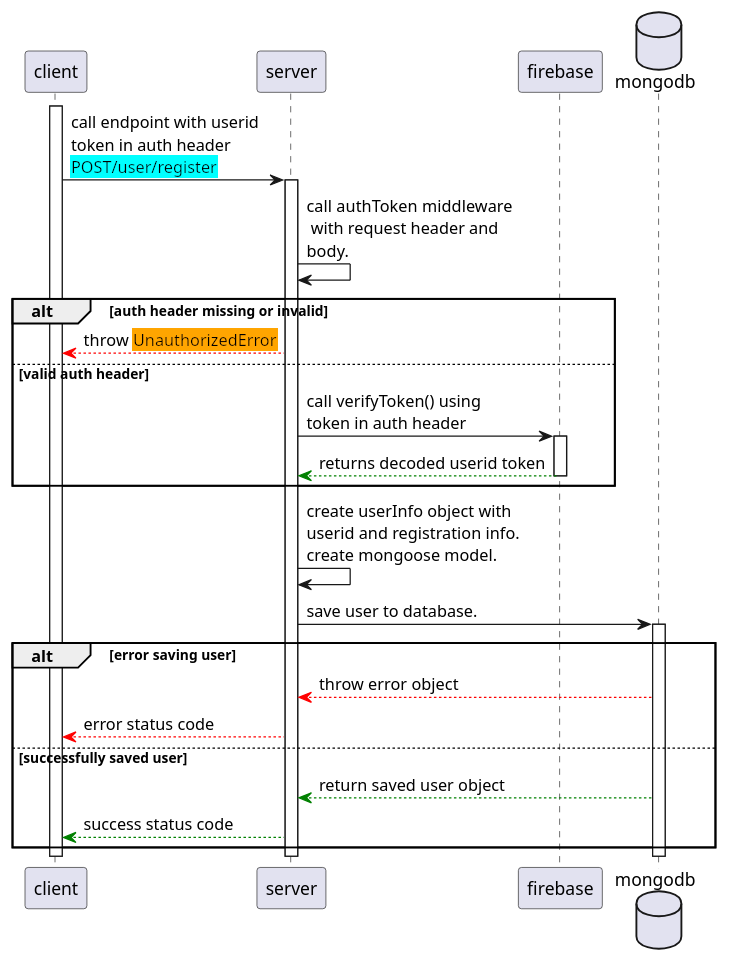
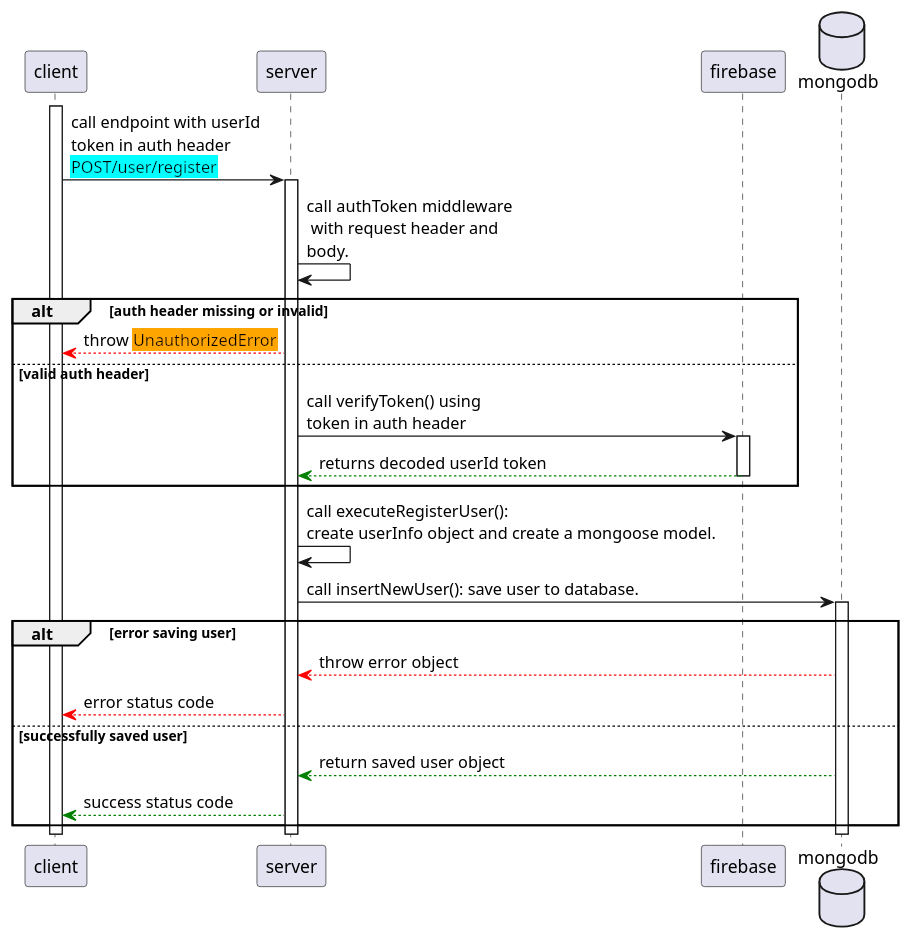
One commit to hulodev/hulo-backend changed the diagram in diagrams/register_user.puml. Above: the diagram before and after it, drawn with PlantUML. The commit also changed 3 other files, not shown here.

```diff
--- a/diagrams/register_user.puml
+++ b/diagrams/register_user.puml
@@ -1,36 +1,36 @@
 @startuml
 'https://plantuml.com/sequence-diagram
 
 participant client
 participant server
 participant firebase
 database mongodb
 
 activate client
-    client -> server : call endpoint with userid\ntoken in auth header\n<back:cyan>POST/user/register
+    client -> server : call endpoint with userId\ntoken in auth header\n<back:cyan>POST/user/register
     activate server
         server -> server: call authToken middleware\n with request header and\nbody.
         alt auth header missing or invalid
             server -[#red]-> client: throw <back:orange>UnauthorizedError
         else valid auth header
             server -> firebase: call verifyToken() using\ntoken in auth header
             activate firebase
-                firebase -[#green]-> server: returns decoded userid token
+                firebase -[#green]-> server: returns decoded userId token
             deactivate firebase
         end
 
-        server -> server: create userInfo object with\nuserid and registration info.\ncreate mongoose model.
-        server -> mongodb: save user to database.
+        server -> server: call executeRegisterUser(): \ncreate userInfo object and create a mongoose model.
+        server -> mongodb: call insertNewUser(): save user to database.
         activate mongodb
             alt error saving user
                 mongodb -[#red]-> server: throw error object
                 server -[#red]-> client: error status code
             else successfully saved user
                 mongodb -[#green]-> server: return saved user object
                 server -[#green]-> client: success status code
             end
         deactivate mongodb
     deactivate server
 deactivate client
 
 @enduml
```
